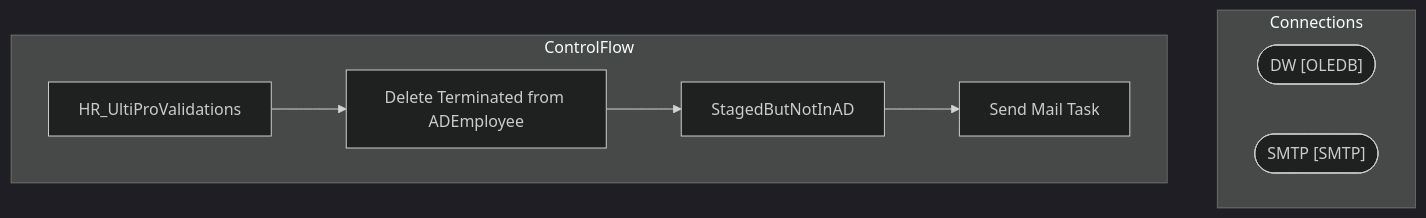
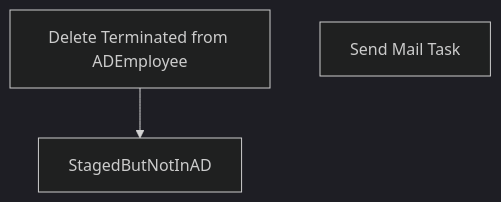
The diagram in bab-docs-explorer/Documentation/STL-SSIS-P-01/SSIS/HR/HR_UltiProValidations.HR_UltiProValidations.md (juanandresbrain/BABSkills), drawn with Mermaid (dark theme) before and after one commit. The commit also changed other lines of this file and 273 other files, not shown here.

````diff
--- a/bab-docs-explorer/Documentation/STL-SSIS-P-01/SSIS/HR/HR_UltiProValidations.HR_UltiProValidations.md
+++ b/bab-docs-explorer/Documentation/STL-SSIS-P-01/SSIS/HR/HR_UltiProValidations.HR_UltiProValidations.md
@@ -9,16 +33,7 @@
 ```mermaid
 flowchart TD
-    subgraph Connections
-        DW_conn(["DW [OLEDB]"])
-        SMTP_conn(["SMTP [SMTP]"])
-    end
-    subgraph ControlFlow
-        HR_UltiProValidations_task["HR_UltiProValidations"]
-        Delete_Terminated_from_ADEmployee_task["Delete Terminated from ADEmployee"]
-        HR_UltiProValidations_task --> Delete_Terminated_from_ADEmployee_task
-        StagedButNotInAD_task["StagedButNotInAD"]
-        Delete_Terminated_from_ADEmployee_task --> StagedButNotInAD_task
-        Send_Mail_Task_task["Send Mail Task"]
-        StagedButNotInAD_task --> Send_Mail_Task_task
-    end
+    n_Package_Delete_Terminated_from_ADEmployee["Delete Terminated from ADEmployee"]
+    n_Package_StagedButNotInAD["StagedButNotInAD"]
+    n_Package_EventHandlers_OnError__Send_Mail_Task["Send Mail Task"]
+    n_Package_Delete_Terminated_from_ADEmployee --> n_Package_StagedButNotInAD
 ```
````
